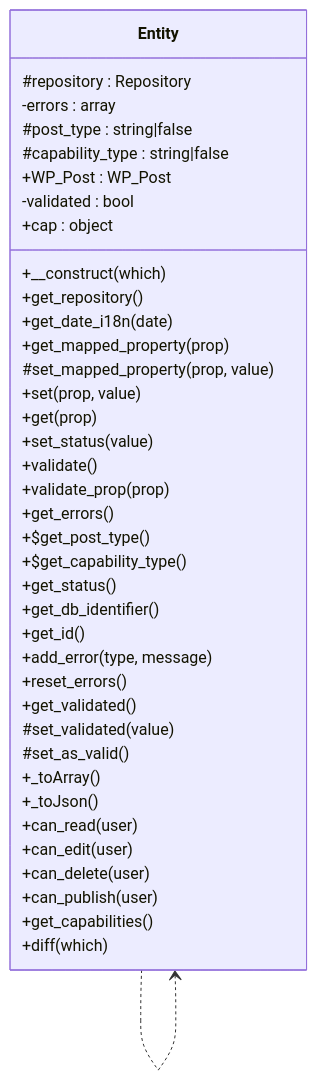
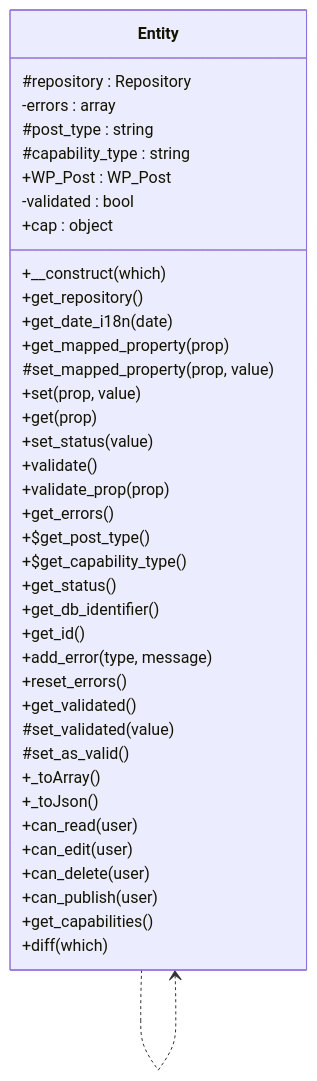
One commit to tainacan/tainacan changed the diagram in docs/phpdoc/classes/Tainacan/Entities/Entity.mmd. Above: the diagram before and after it, drawn with Mermaid. The commit also changed 35 other files, not shown here.

```diff
--- a/docs/phpdoc/classes/Tainacan/Entities/Entity.mmd
+++ b/docs/phpdoc/classes/Tainacan/Entities/Entity.mmd
@@ -1,41 +1,41 @@
 classDiagram
     direction TB
     class Entity {
         #repository : Repository
         -errors : array
-        #post_type : string|false
-        #capability_type : string|false
+        #post_type : string
+        #capability_type : string
         +WP_Post : WP_Post
         -validated : bool
         +cap : object
         +__construct(which)
         +get_repository()
         +get_date_i18n(date)
         +get_mapped_property(prop)
         #set_mapped_property(prop, value)
         +set(prop, value)
         +get(prop)
         +set_status(value)
         +validate()
         +validate_prop(prop)
         +get_errors()
         +$get_post_type()
         +$get_capability_type()
         +get_status()
         +get_db_identifier()
         +get_id()
         +add_error(type, message)
         +reset_errors()
         +get_validated()
         #set_validated(value)
         #set_as_valid()
         +_toArray()
         +_toJson()
         +can_read(user)
         +can_edit(user)
         +can_delete(user)
         +can_publish(user)
         +get_capabilities()
         +diff(which)
     }
     Entity ..> Entity
```
